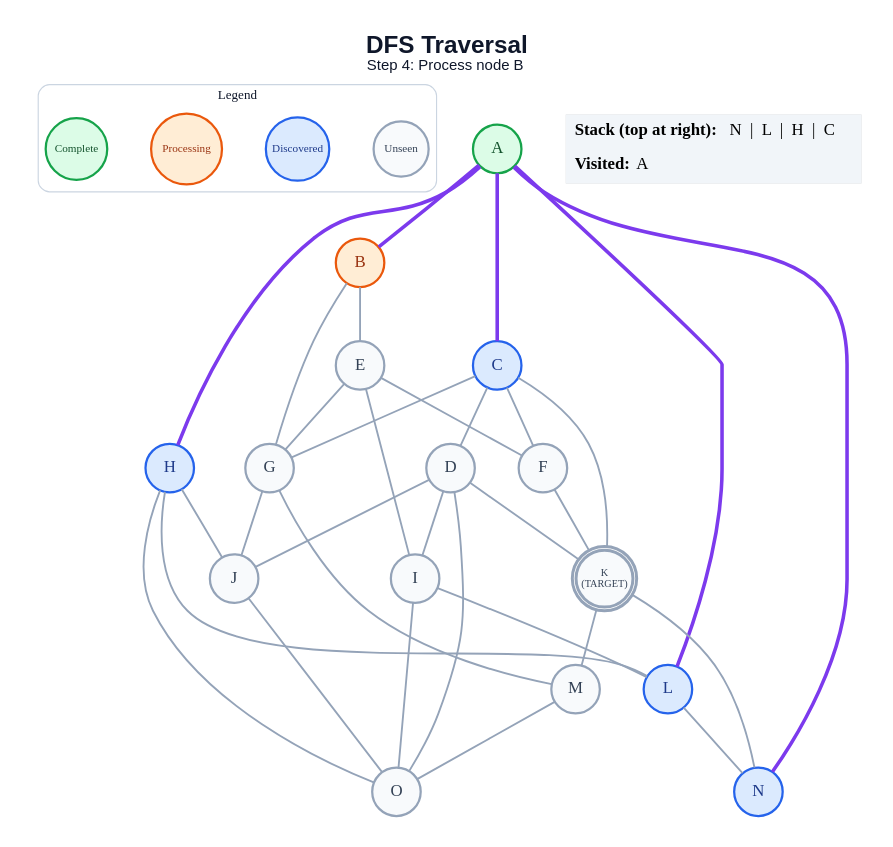
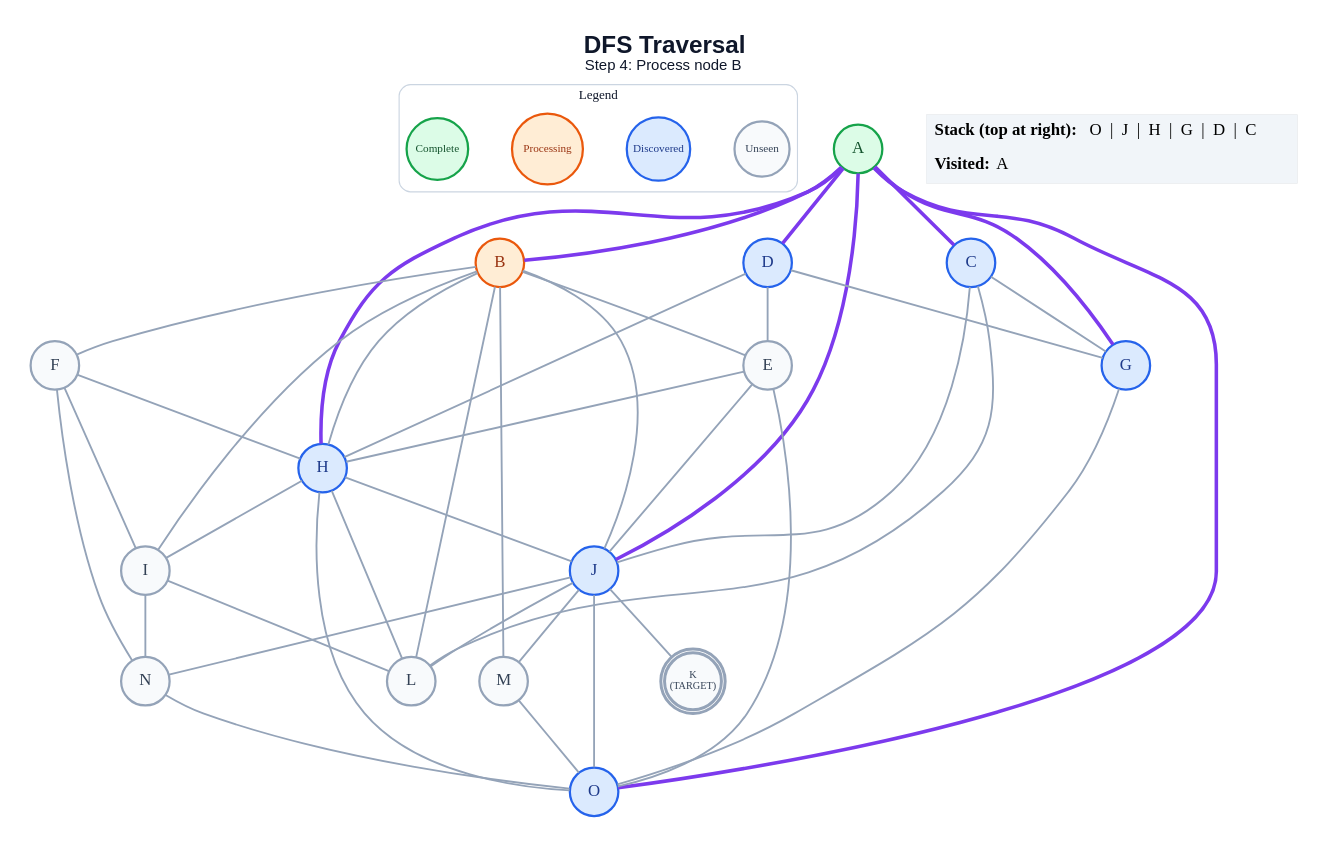
One commit to anon7238593-create/ai-slop changed the diagram in generated/short-circuit/dfs/step_04.dot. Above: the diagram before and after it, drawn with Graphviz. The commit also changed 336 other files, not shown here.

```diff
--- a/generated/short-circuit/dfs/step_04.dot
+++ b/generated/short-circuit/dfs/step_04.dot
@@ -1,65 +1,74 @@
 graph traversal {
   graph [layout=dot, rankdir=TB, bgcolor="#FFFFFF", pad="0.35", nodesep="0.65", ranksep="0.8", fontname="Arial"];
   node [shape=circle, style="filled", fontname="Arial Bold", fontsize=18, width=0.72, fixedsize=true, penwidth=2.4];
   edge [color="#94A3B8", penwidth=2.0];
   label=<<B>DFS Traversal</B><BR/><FONT POINT-SIZE="16">Step 4: Process node B</FONT>>; labelloc="t"; fontsize=26; fontname="Arial"; fontcolor="#0F172A";
   subgraph cluster_legend { label="Legend"; color="#CBD5E1"; penwidth=1.2; style="rounded"; fontsize=14; fontname="Arial Bold";
     key_unseen [label="Unseen", fillcolor="#F8FAFC", color="#94A3B8", fontcolor="#334155", fontsize=12, width=0.82];
     key_frontier [label="Discovered", fillcolor="#DBEAFE", color="#2563EB", fontcolor="#1E3A8A", fontsize=12, width=0.95];
     key_current [label="Processing", fillcolor="#FFEDD5", color="#EA580C", fontcolor="#9A3412", fontsize=12, width=1.05];
     key_done [label="Complete", fillcolor="#DCFCE7", color="#16A34A", fontcolor="#14532D", fontsize=12, width=0.92];
     { rank=same; key_unseen; key_frontier; key_current; key_done; }
   }
   A [label="A", fillcolor="#DCFCE7", color="#16A34A", fontcolor="#14532D", peripheries=1, penwidth=2.4];
   B [label="B", fillcolor="#FFEDD5", color="#EA580C", fontcolor="#9A3412", peripheries=1, penwidth=2.4];
   C [label="C", fillcolor="#DBEAFE", color="#2563EB", fontcolor="#1E3A8A", peripheries=1, penwidth=2.4];
-  D [label="D", fillcolor="#F8FAFC", color="#94A3B8", fontcolor="#334155", peripheries=1, penwidth=2.4];
+  D [label="D", fillcolor="#DBEAFE", color="#2563EB", fontcolor="#1E3A8A", peripheries=1, penwidth=2.4];
   E [label="E", fillcolor="#F8FAFC", color="#94A3B8", fontcolor="#334155", peripheries=1, penwidth=2.4];
   F [label="F", fillcolor="#F8FAFC", color="#94A3B8", fontcolor="#334155", peripheries=1, penwidth=2.4];
-  G [label="G", fillcolor="#F8FAFC", color="#94A3B8", fontcolor="#334155", peripheries=1, penwidth=2.4];
+  G [label="G", fillcolor="#DBEAFE", color="#2563EB", fontcolor="#1E3A8A", peripheries=1, penwidth=2.4];
   H [label="H", fillcolor="#DBEAFE", color="#2563EB", fontcolor="#1E3A8A", peripheries=1, penwidth=2.4];
   I [label="I", fillcolor="#F8FAFC", color="#94A3B8", fontcolor="#334155", peripheries=1, penwidth=2.4];
-  J [label="J", fillcolor="#F8FAFC", color="#94A3B8", fontcolor="#334155", peripheries=1, penwidth=2.4];
+  J [label="J", fillcolor="#DBEAFE", color="#2563EB", fontcolor="#1E3A8A", peripheries=1, penwidth=2.4];
   K [label="K\n(TARGET)", fillcolor="#F8FAFC", color="#94A3B8", fontcolor="#334155", peripheries=2, penwidth=3.2, fontsize=11, width=0.85, height=0.85];
-  L [label="L", fillcolor="#DBEAFE", color="#2563EB", fontcolor="#1E3A8A", peripheries=1, penwidth=2.4];
+  L [label="L", fillcolor="#F8FAFC", color="#94A3B8", fontcolor="#334155", peripheries=1, penwidth=2.4];
   M [label="M", fillcolor="#F8FAFC", color="#94A3B8", fontcolor="#334155", peripheries=1, penwidth=2.4];
-  N [label="N", fillcolor="#DBEAFE", color="#2563EB", fontcolor="#1E3A8A", peripheries=1, penwidth=2.4];
-  O [label="O", fillcolor="#F8FAFC", color="#94A3B8", fontcolor="#334155", peripheries=1, penwidth=2.4];
+  N [label="N", fillcolor="#F8FAFC", color="#94A3B8", fontcolor="#334155", peripheries=1, penwidth=2.4];
+  O [label="O", fillcolor="#DBEAFE", color="#2563EB", fontcolor="#1E3A8A", peripheries=1, penwidth=2.4];
   A -- B [color="#7C3AED", penwidth=3.8];
   A -- C [color="#7C3AED", penwidth=3.8];
+  A -- D [color="#7C3AED", penwidth=3.8];
+  A -- G [color="#7C3AED", penwidth=3.8];
   A -- H [color="#7C3AED", penwidth=3.8];
-  A -- L [color="#7C3AED", penwidth=3.8];
-  A -- N [color="#7C3AED", penwidth=3.8];
+  A -- J [color="#7C3AED", penwidth=3.8];
+  A -- O [color="#7C3AED", penwidth=3.8];
   B -- E;
-  B -- G;
-  C -- D;
-  C -- F;
+  B -- F;
+  B -- H;
+  B -- I;
+  B -- J;
+  B -- L;
+  B -- M;
   C -- G;
-  C -- K;
-  D -- I;
-  D -- J;
-  D -- K;
-  D -- O;
-  E -- F;
-  E -- G;
-  E -- I;
-  F -- K;
-  G -- J;
-  G -- M;
+  C -- J;
+  C -- L;
+  D -- E;
+  D -- G;
+  D -- H;
+  E -- H;
+  E -- J;
+  E -- O;
+  F -- H;
+  F -- I;
+  F -- N;
+  G -- O;
+  H -- I;
   H -- J;
   H -- L;
   H -- O;
   I -- L;
-  I -- O;
+  I -- N;
+  J -- K;
+  J -- L;
+  J -- M;
+  J -- N;
   J -- O;
-  K -- M;
-  K -- N;
-  L -- N;
   M -- O;
+  N -- O;
   status [shape=plain, fixedsize=false, width=0, height=0, margin=0, label=<
     <TABLE BORDER="0" CELLBORDER="0" CELLPADDING="7" BGCOLOR="#F1F5F9">
-      <TR><TD ALIGN="LEFT"><B>Stack (top at right):</B> N  |  L  |  H  |  C</TD></TR>
+      <TR><TD ALIGN="LEFT"><B>Stack (top at right):</B> O  |  J  |  H  |  G  |  D  |  C</TD></TR>
       <TR><TD ALIGN="LEFT"><B>Visited:</B> A</TD></TR>
     </TABLE>
   >];
 }
```
